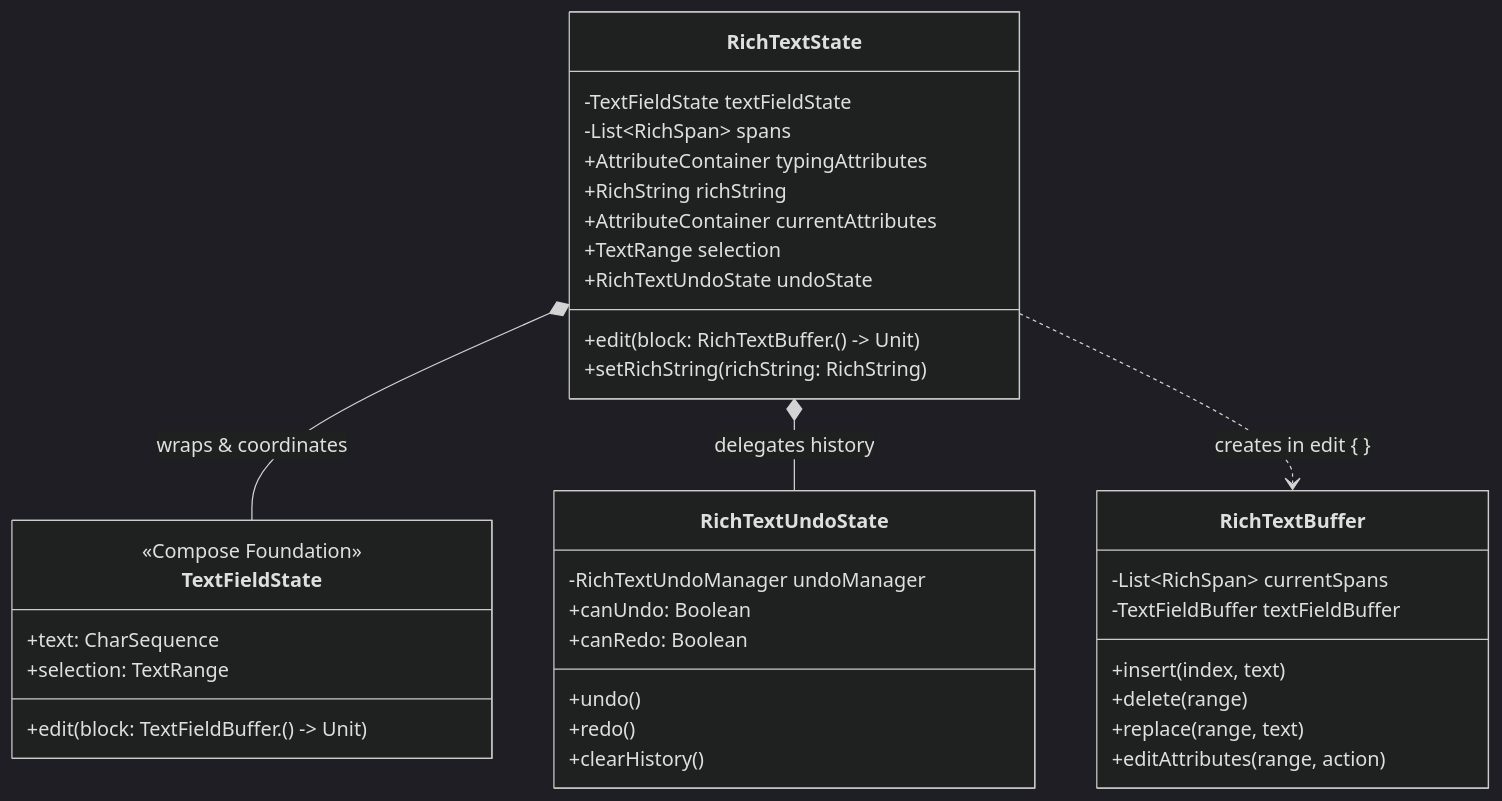
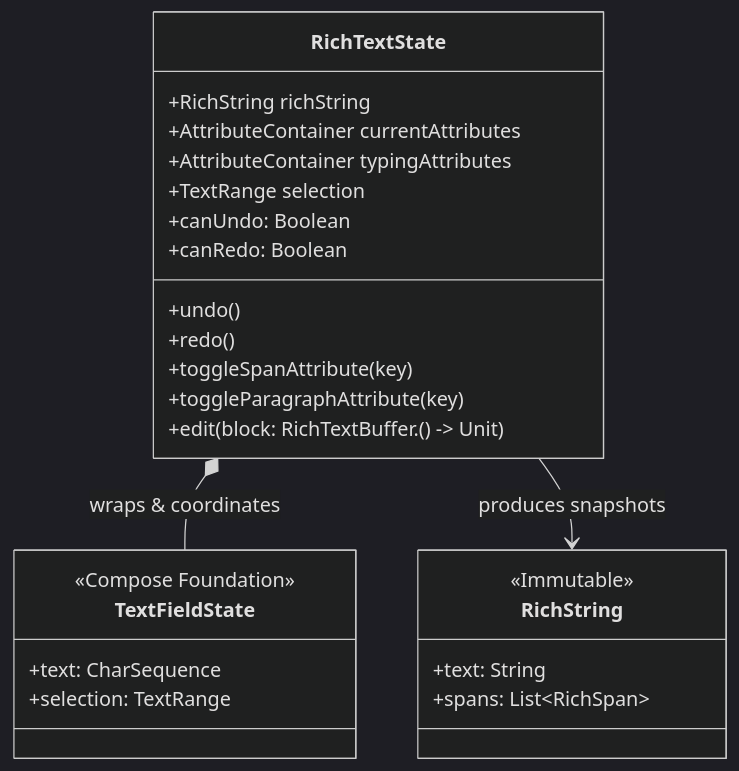
One commit to mkeeda/arranger changed the first of 2 diagrams in docs/architecture/state-lifecycle.md. Above: the diagram before and after it, drawn with Mermaid (dark theme). The commit also changed other lines of this file and 1 other file, not shown here.

Commit message:
docs(architecture): refocus architecture guides on conceptual model and library usage

````diff
--- a/docs/architecture/state-lifecycle.md
+++ b/docs/architecture/state-lifecycle.md
@@ -15,44 +15,32 @@
 ```mermaid
 classDiagram
     direction TB
     class RichTextState {
-        -TextFieldState textFieldState
-        -List~RichSpan~ spans
-        +AttributeContainer typingAttributes
         +RichString richString
         +AttributeContainer currentAttributes
+        +AttributeContainer typingAttributes
         +TextRange selection
-        +RichTextUndoState undoState
+        +canUndo: Boolean
+        +canRedo: Boolean
+        +undo()
+        +redo()
+        +toggleSpanAttribute(key)
+        +toggleParagraphAttribute(key)
         +edit(block: RichTextBuffer.() -> Unit)
-        +setRichString(richString: RichString)
     }
 
     class TextFieldState {
         <<Compose Foundation>>
         +text: CharSequence
         +selection: TextRange
-        +edit(block: TextFieldBuffer.() -> Unit)
     }
 
-    class RichTextBuffer {
-        -List~RichSpan~ currentSpans
-        -TextFieldBuffer textFieldBuffer
-        +insert(index, text)
-        +delete(range)
-        +replace(range, text)
-        +editAttributes(range, action)
-    }
-
-    class RichTextUndoState {
-        -RichTextUndoManager undoManager
-        +canUndo: Boolean
-        +canRedo: Boolean
-        +undo()
-        +redo()
-        +clearHistory()
+    class RichString {
+        <<Immutable>>
+        +text: String
+        +spans: List~RichSpan~
     }
 
     RichTextState *-- TextFieldState : wraps & coordinates
-    RichTextState *-- RichTextUndoState : delegates history
-    RichTextState ..> RichTextBuffer : creates in edit { }
+    RichTextState --> RichString : produces snapshots
 ```
````
